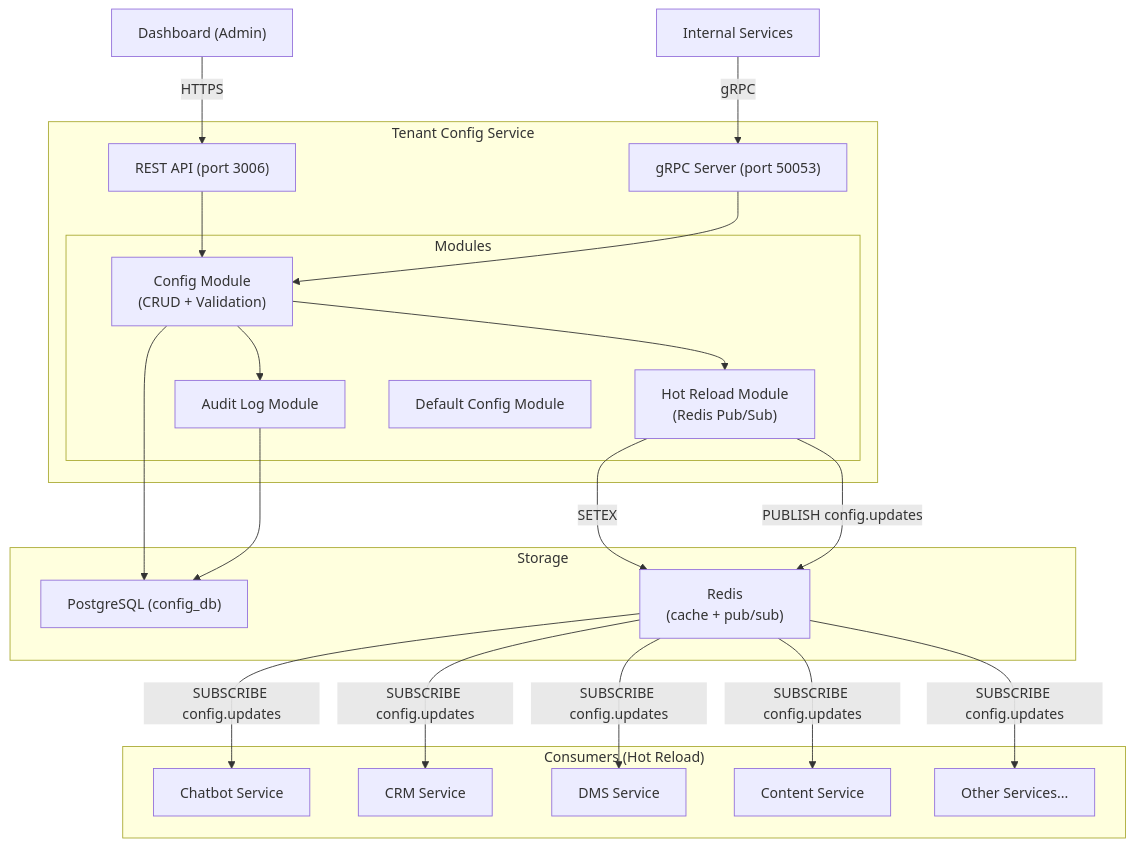
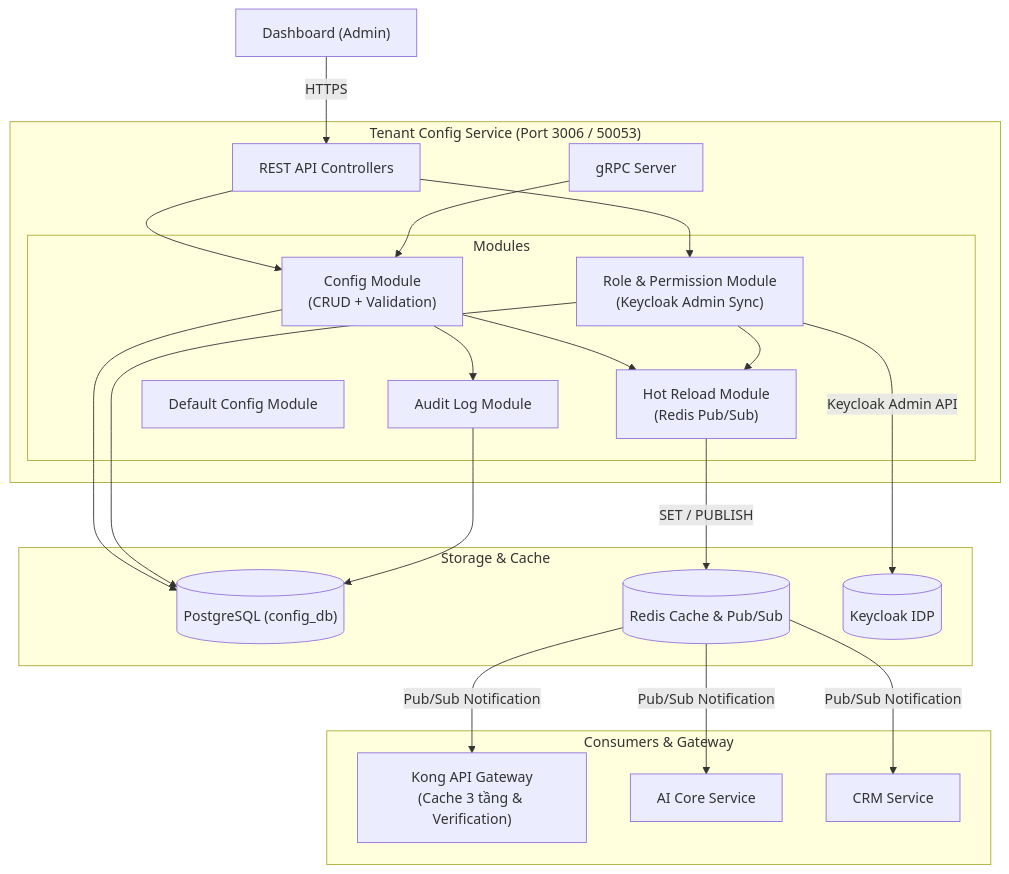
The first of 2 diagrams in specs/services/tenant-config/design.md (hugg4u/solavie-platform), drawn with Mermaid before and after one commit. The commit also changed other lines of this file and 17 other files, not shown here.

Commit message:
docs(specs): update auth, gateway, user, tenant-config specs for dynamic RBAC model

````diff
--- a/specs/services/tenant-config/design.md
+++ b/specs/services/tenant-config/design.md
@@ -38,37 +26,41 @@
 ```mermaid
 graph TB
-    subgraph "Tenant Config Service"
-        REST["REST API (port 3006)"]
-        GRPC_S["gRPC Server (port 50053)"]
+    subgraph "Tenant Config Service (Port 3006 / 50053)"
+        REST["REST API Controllers"]
+        GRPC_S["gRPC Server"]
         
         subgraph "Modules"
             CONFIG_MOD["Config Module\n(CRUD + Validation)"]
+            ROLE_MOD["Role & Permission Module\n(Keycloak Admin Sync)"]
             HOTRELOAD["Hot Reload Module\n(Redis Pub/Sub)"]
             AUDIT["Audit Log Module"]
             DEFAULT["Default Config Module"]
         end
     end
 
-    subgraph "Storage"
-        PG["PostgreSQL (config_db)"]
-        Redis["Redis\n(cache + pub/sub)"]
+    subgraph "Storage & Cache"
+        PG[("PostgreSQL (config_db)")]
+        Redis[("Redis Cache & Pub/Sub")]
+        Keycloak[("Keycloak IDP")]
     end
 
-    subgraph "Consumers (Hot Reload)"
-        CB["Chatbot Service"]
-        CRM_S["CRM Service"]
-        DMS_S["DMS Service"]
-        CONTENT_S["Content Service"]
-        OTHER["Other Services..."]
+    subgraph "Consumers & Gateway"
+        Gateway["Kong API Gateway\n(Cache 3 tầng & Verification)"]
+        AICore["AI Core Service"]
+        CRMSvc["CRM Service"]
     end
 
     Dashboard["Dashboard (Admin)"] -->|HTTPS| REST
-    Services["Internal Services"] -->|gRPC| GRPC_S
-    REST --> CONFIG_MOD --> PG
-    CONFIG_MOD --> HOTRELOAD
+    REST --> CONFIG_MOD & ROLE_MOD
+    GRPC_S --> CONFIG_MOD
+    
+    CONFIG_MOD --> PG
+    ROLE_MOD --> PG
+    ROLE_MOD -->|Keycloak Admin API| Keycloak
+    
+    CONFIG_MOD & ROLE_MOD --> HOTRELOAD
     CONFIG_MOD --> AUDIT --> PG
-    HOTRELOAD -->|SETEX| Redis
-    HOTRELOAD -->|PUBLISH config.updates| Redis
-    Redis -->|SUBSCRIBE config.updates| CB & CRM_S & DMS_S & CONTENT_S & OTHER
-    GRPC_S --> CONFIG_MOD
+    
+    HOTRELOAD -->|SET / PUBLISH| Redis
+    Redis -->|Pub/Sub Notification| Gateway & AICore & CRMSvc
 ```
````
